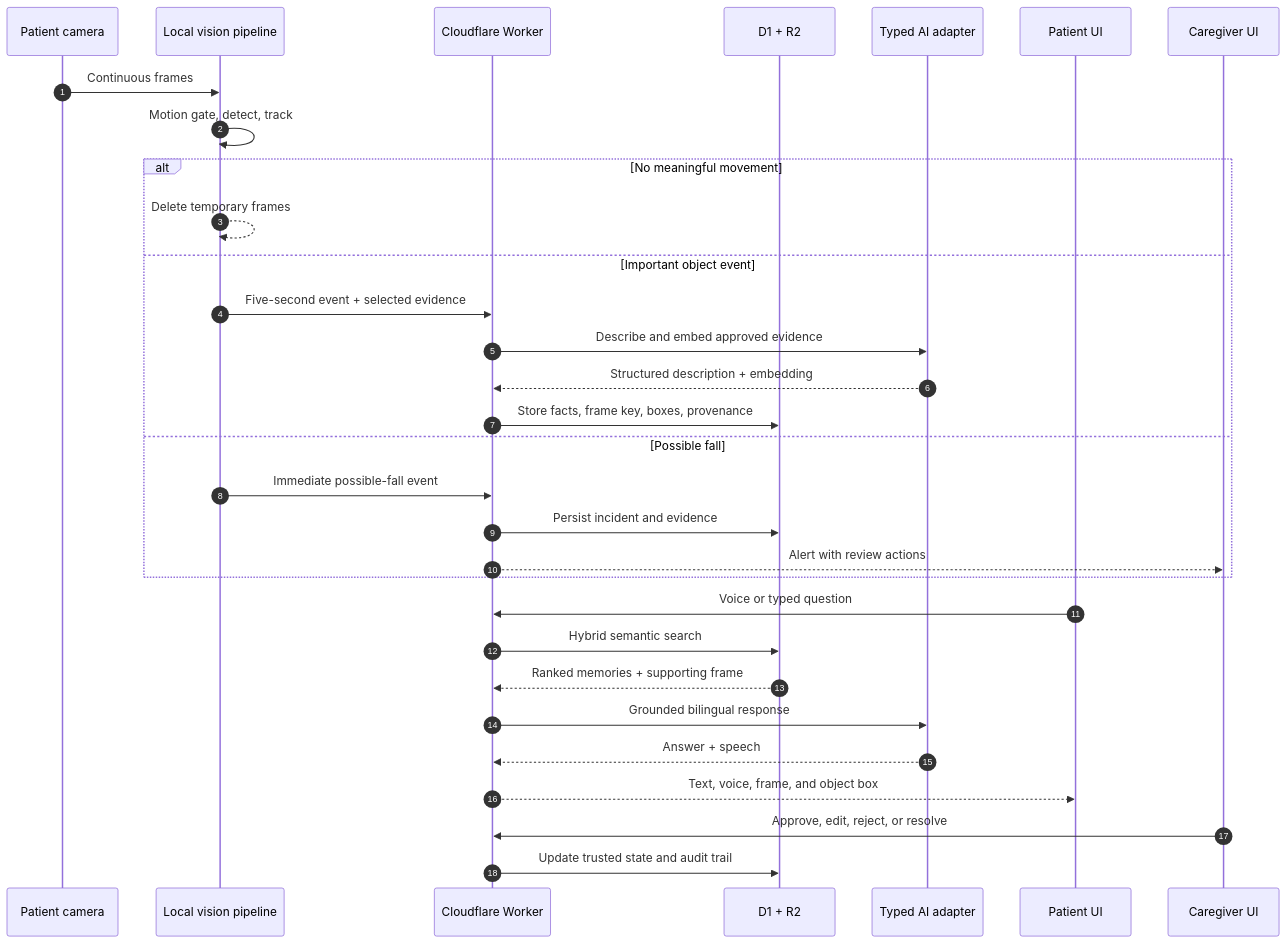
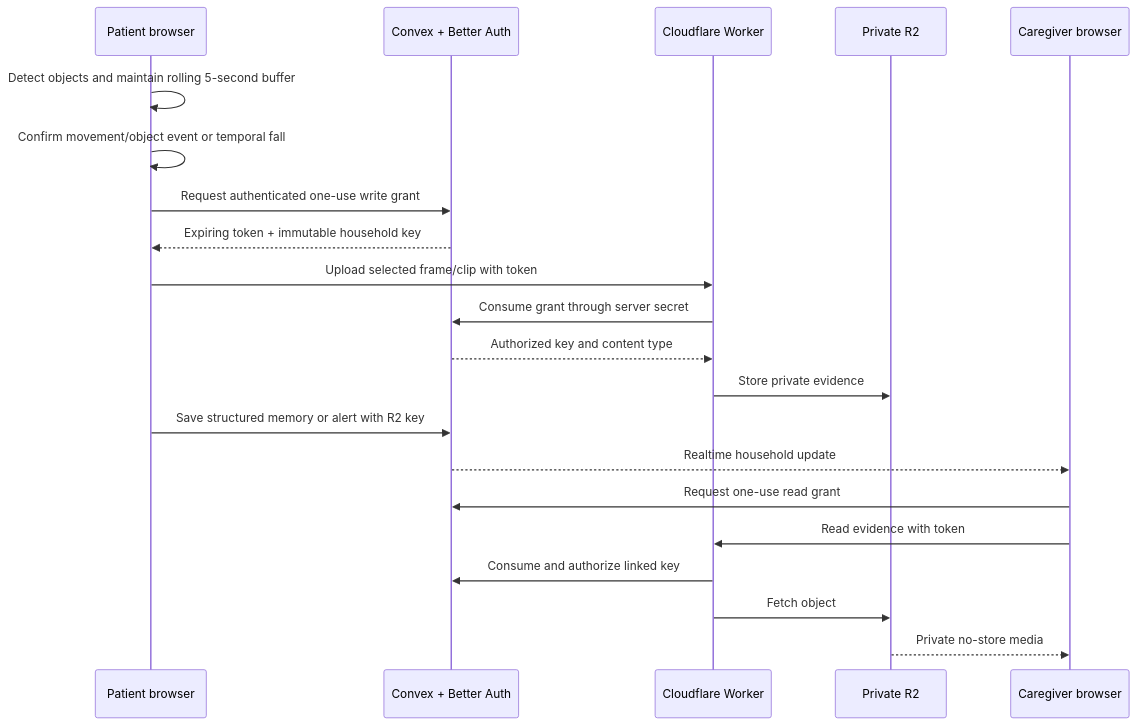
Before and after one commit to ksmostofa/tomo: the diagram in docs/runtime-communication.mmd, drawn with Mermaid. The commit also changed 67 other files, not shown here.

```diff
--- a/docs/runtime-communication.mmd
+++ b/docs/runtime-communication.mmd
@@ -1,32 +1,22 @@
 sequenceDiagram
-  autonumber
-  participant Camera as Patient camera
-  participant Local as Local vision pipeline
-  participant API as Cloudflare Worker
-  participant Memory as D1 + R2
-  participant AI as Typed AI adapter
-  participant Patient as Patient UI
-  participant Caregiver as Caregiver UI
+  participant P as Patient browser
+  participant C as Convex + Better Auth
+  participant W as Cloudflare Worker
+  participant R as Private R2
+  participant G as Caregiver browser
 
-  Camera->>Local: Continuous frames
-  Local->>Local: Motion gate, detect, track
-  alt No meaningful movement
-    Local-->>Local: Delete temporary frames
-  else Important object event
-    Local->>API: Five-second event + selected evidence
-    API->>AI: Describe and embed approved evidence
-    AI-->>API: Structured description + embedding
-    API->>Memory: Store facts, frame key, boxes, provenance
-  else Possible fall
-    Local->>API: Immediate possible-fall event
-    API->>Memory: Persist incident and evidence
-    API-->>Caregiver: Alert with review actions
-  end
-  Patient->>API: Voice or typed question
-  API->>Memory: Hybrid semantic search
-  Memory-->>API: Ranked memories + supporting frame
-  API->>AI: Grounded bilingual response
-  AI-->>API: Answer + speech
-  API-->>Patient: Text, voice, frame, and object box
-  Caregiver->>API: Approve, edit, reject, or resolve
-  API->>Memory: Update trusted state and audit trail
+  P->>P: Detect objects and maintain rolling 5-second buffer
+  P->>P: Confirm movement/object event or temporal fall
+  P->>C: Request authenticated one-use write grant
+  C-->>P: Expiring token + immutable household key
+  P->>W: Upload selected frame/clip with token
+  W->>C: Consume grant through server secret
+  C-->>W: Authorized key and content type
+  W->>R: Store private evidence
+  P->>C: Save structured memory or alert with R2 key
+  C-->>G: Realtime household update
+  G->>C: Request one-use read grant
+  G->>W: Read evidence with token
+  W->>C: Consume and authorize linked key
+  W->>R: Fetch object
+  R-->>G: Private no-store media
```
